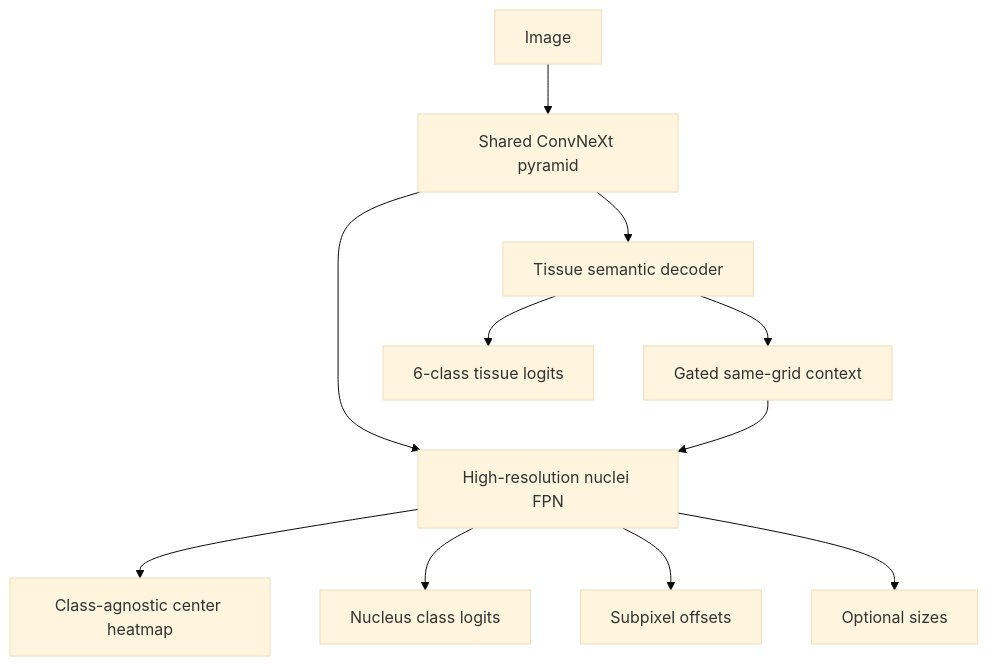
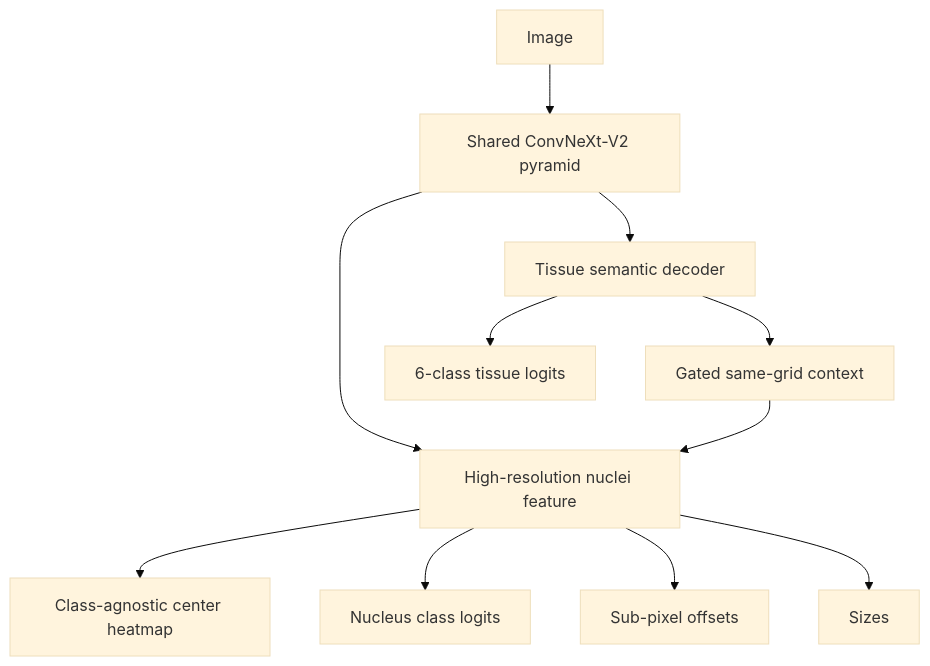
One commit to hoangtung386/Prometheus changed the diagram in docs/architecture.md. Above: the diagram before and after it, drawn with Mermaid (base theme). The commit also changed other lines of this file, not shown here.

Commit message:
docs: rewrite architecture.md with ownership table, contracts, rasterization, and limitations

````diff
--- a/docs/architecture.md
+++ b/docs/architecture.md
@@ -5,13 +5,13 @@
 ```mermaid
 graph TD
-    Input[Image] --> Shared[Shared ConvNeXt pyramid]
+    Input[Image] --> Shared[Shared ConvNeXt-V2 pyramid]
     Shared --> Tissue[Tissue semantic decoder]
-    Shared --> FPN[High-resolution nuclei FPN]
+    Shared --> FPN[High-resolution nuclei feature]
     Tissue --> Context[Gated same-grid context]
     Context --> FPN
     Tissue --> TissueLogits[6-class tissue logits]
     FPN --> Center[Class-agnostic center heatmap]
     FPN --> Class[Nucleus class logits]
-    FPN --> Offset[Subpixel offsets]
-    FPN --> Size[Optional sizes]
+    FPN --> Offset[Sub-pixel offsets]
+    FPN --> Size[Sizes]
 ```
````
